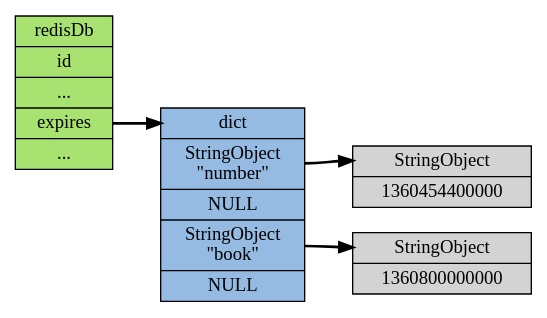
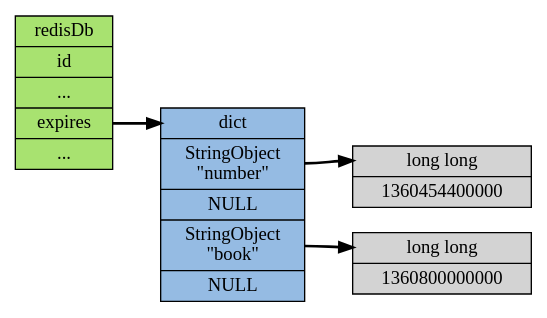
One commit to huangzworks/redisbook changed the diagram in internal/image/expires.dot. Above: the diagram before and after it, drawn with Graphviz. The commit also changed 4 other files, not shown here.

```diff
--- a/internal/image/expires.dot
+++ b/internal/image/expires.dot
@@ -1,28 +1,28 @@
 digraph expires {
 
     rankdir = LR;
 
     node [shape = record, style =filled];
 
     edge [style = bold];
 
     // node
 
     redisDb [label = "redisDb | id | ... |<expires> expires | ...", fillcolor = "#A8E270"];
 
     // expires
 
     expires [label = "<head>dict |<number>StringObject\n \"number\" | NULL |<book>StringObject\n \"book\" | NULL ", fillcolor = "#95BBE3"];
 
-    expire_of_number [label = "<head>StringObject | 1360454400000 "];
+    expire_of_number [label = "<head>long long | 1360454400000 "];
 
-    expire_of_book [label = "<head>StringObject | 1360800000000 "];
+    expire_of_book [label = "<head>long long | 1360800000000 "];
 
     // expires edge
 
     redisDb:expires -> expires:head;
 
     expires:number -> expire_of_number:head;
     expires:book -> expire_of_book:head;
 
 }
```
